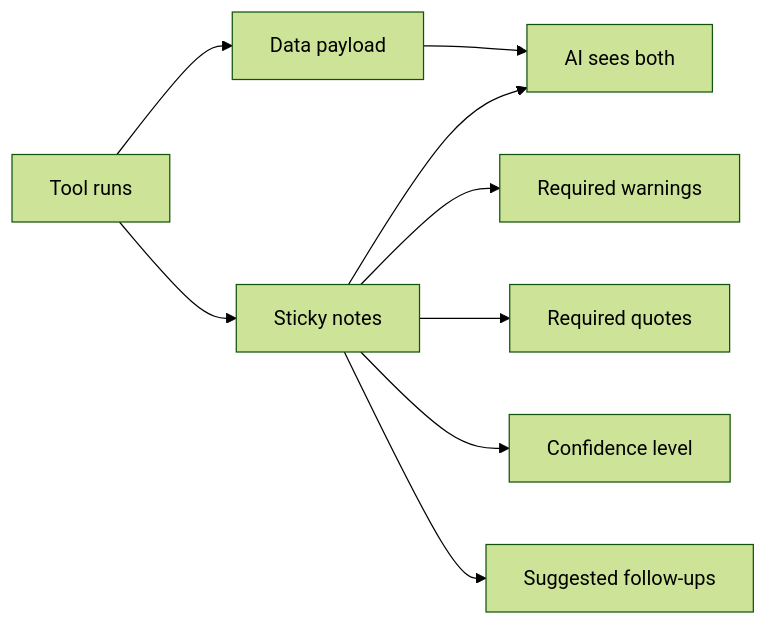
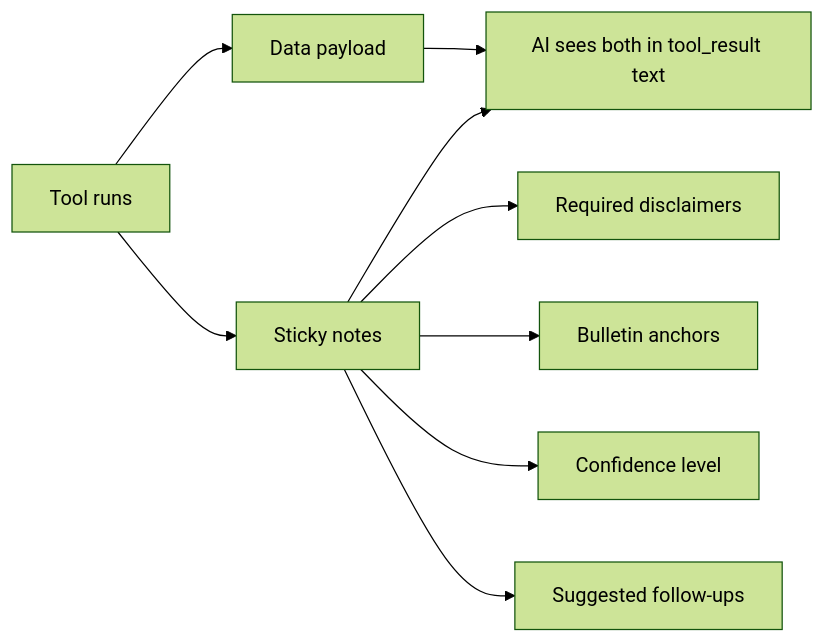
Before and after one commit to EdoardoMongardi/NYU_Path: the first of 2 diagrams in Docs/current-system/engine/tool-envelope.md, drawn with Mermaid (forest theme). The commit also changed other lines of this file and 73 other files, not shown here.

````diff
--- a/Docs/current-system/engine/tool-envelope.md
+++ b/Docs/current-system/engine/tool-envelope.md
@@ -9,11 +11,11 @@
 ```mermaid
 flowchart LR
     Tool[Tool runs] --> Data[Data payload]
     Tool --> Envelope[Sticky notes]
-    Envelope --> Warnings[Required warnings]
-    Envelope --> Quotes[Required quotes]
+    Envelope --> Warnings[Required disclaimers]
+    Envelope --> Quotes[Bulletin anchors]
     Envelope --> Confidence[Confidence level]
     Envelope --> FollowUps[Suggested follow-ups]
-    Data --> AI[AI sees both]
+    Data --> AI[AI sees both in tool_result text]
     Envelope --> AI
 ```
````
